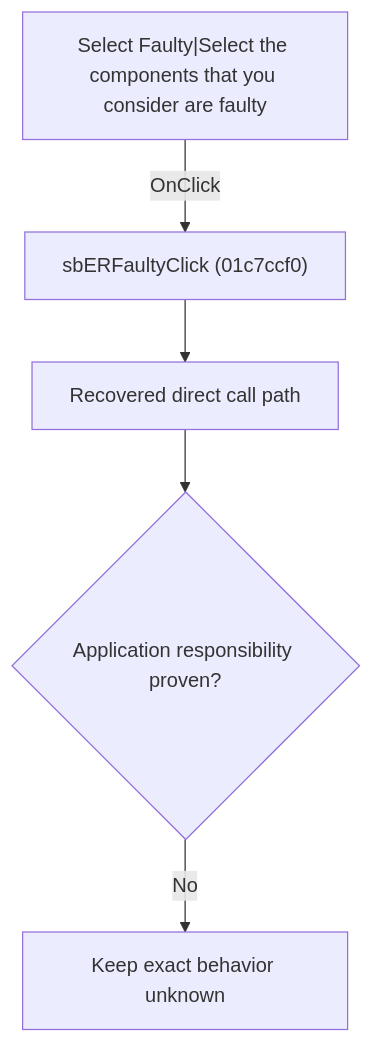
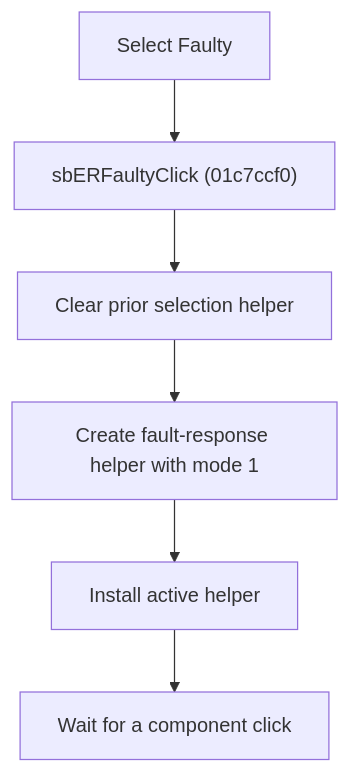
One commit to MovGP0/TIARA changed the diagram in docs/ui-controls/schematiceditor/sberfaulty-fcf0e5f3fb.md. Above: the diagram before and after it, drawn with Mermaid. The commit also changed other lines of this file and 241 other files, not shown here.

````diff
--- a/docs/ui-controls/schematiceditor/sberfaulty-fcf0e5f3fb.md
+++ b/docs/ui-controls/schematiceditor/sberfaulty-fcf0e5f3fb.md
@@ -27,7 +20,8 @@
 ```mermaid
 flowchart TD
-    control["Select Faulty|Select the components that you consider are faulty"] -->|"OnClick"| handler["sbERFaultyClick (01c7ccf0)"]
-    handler --> recovered["Recovered direct call path"]
-    recovered --> gap{"Application responsibility proven?"}
-    gap -->|"No"| blocked["Keep exact behavior unknown"]
+    control["Select Faulty"] --> handler["sbERFaultyClick (01c7ccf0)"]
+    handler --> clear["Clear prior selection helper"]
+    clear --> create["Create fault-response helper with mode 1"]
+    create --> install["Install active helper"]
+    install --> wait["Wait for a component click"]
 ```
````
